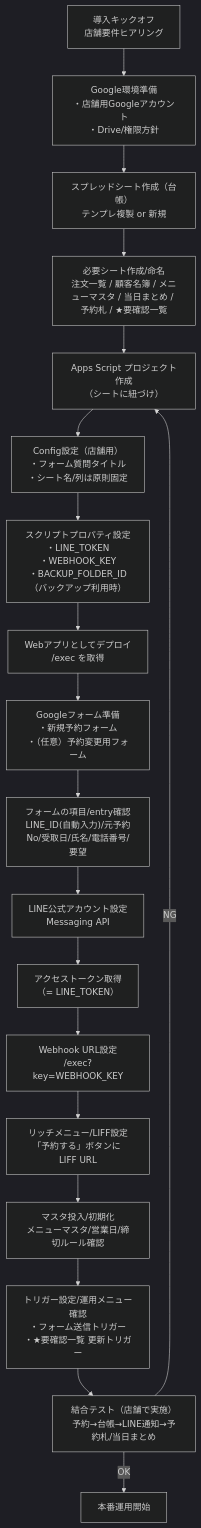
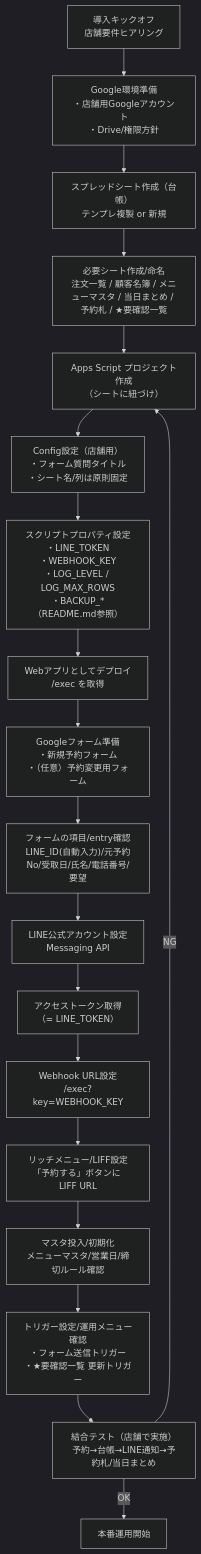
The diagram in README.md (SAXXXOP/Bento-Takeout-Oder-System), drawn with Mermaid (dark theme) before and after one commit. The commit also changed other lines of this file, not shown here.

Commit message:
Update README for script properties and backup settings

````diff
--- a/README.md
+++ b/README.md
@@ -145,21 +140,21 @@
 ```mermaid
 flowchart TD
   A["導入キックオフ\n店舗要件ヒアリング"] --> B["Google環境準備\n・店舗用Googleアカウント\n・Drive/権限方針"]
   B --> C["スプレッドシート作成（台帳）\nテンプレ複製 or 新規"]
   C --> C1["必要シート作成/命名\n注文一覧 / 顧客名簿 / メニューマスタ / 当日まとめ / 予約札 / ★要確認一覧"]
   C1 --> D["Apps Script プロジェクト作成\n（シートに紐づけ）"]
   D --> D1["Config設定（店舗用）\n・フォーム質問タイトル\n・シート名/列は原則固定"]
-  D1 --> E["スクリプトプロパティ設定\n・LINE_TOKEN\n・WEBHOOK_KEY\n・BACKUP_FOLDER_ID（バックアップ利用時）"]
+  D1 --> E["スクリプトプロパティ設定\n・LINE_TOKEN\n・WEBHOOK_KEY\n・LOG_LEVEL / LOG_MAX_ROWS\n・BACKUP_*（README.md参照）"]
   E --> F["Webアプリとしてデプロイ\n/exec を取得"]
   F --> G["Googleフォーム準備\n・新規予約フォーム\n・（任意）予約変更用フォーム"]
   G --> G1["フォームの項目/entry確認\nLINE_ID(自動入力)/元予約No/受取日/氏名/電話番号/要望"]
   G1 --> H["LINE公式アカウント設定\nMessaging API"]
   H --> H1["アクセストークン取得\n（= LINE_TOKEN）"]
   H1 --> H2["Webhook URL設定\n/exec?key=WEBHOOK_KEY"]
   H2 --> H3["リッチメニュー/LIFF設定\n「予約する」ボタンに LIFF URL"]
   H3 --> I["マスタ投入/初期化\nメニューマスタ/営業日/締切ルール確認"]
   I --> J["トリガー設定/運用メニュー確認\n・フォーム送信トリガー\n・★要確認一覧 更新トリガー"]
   J --> K["結合テスト（店舗で実施）\n予約→台帳→LINE通知→予約札/当日まとめ"]
   K -->|OK| L["本番運用開始"]
   K -->|NG| D
 ```
````
